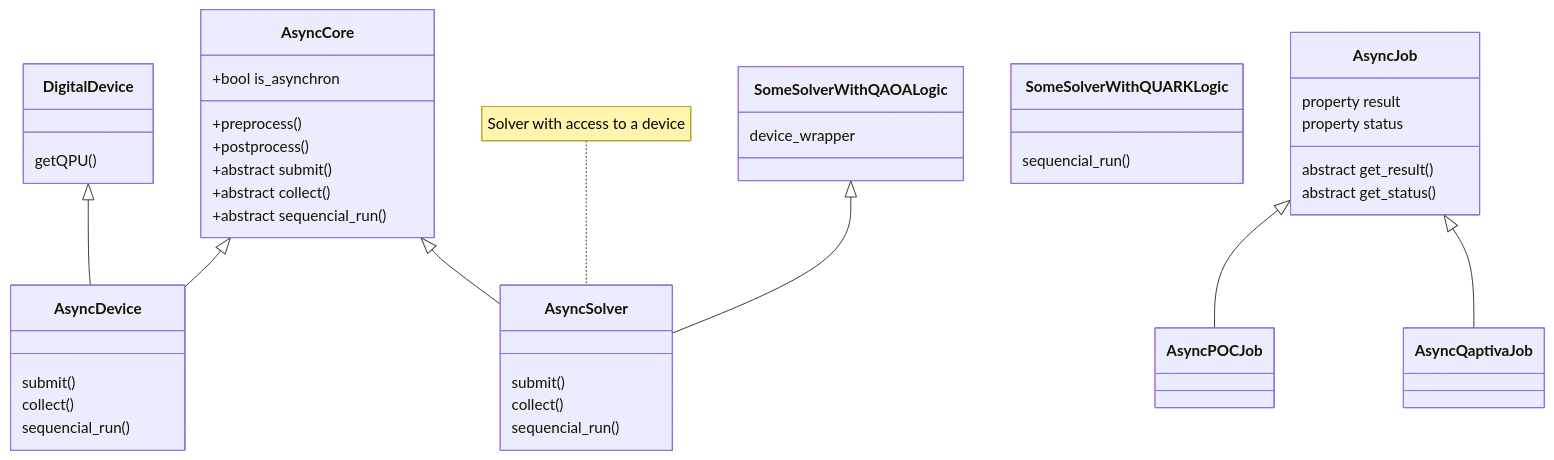
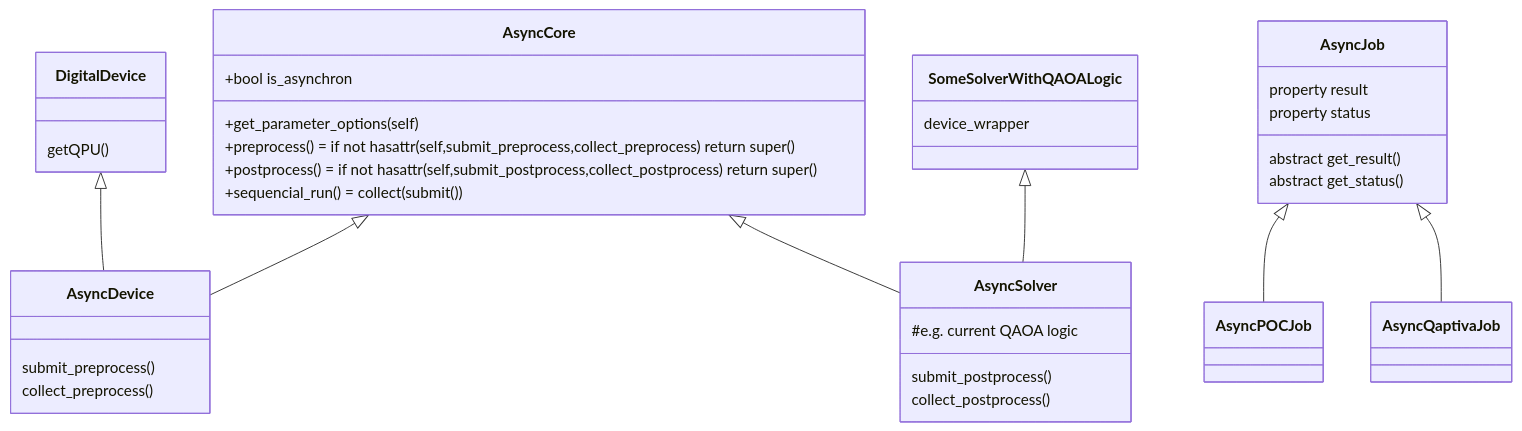
One commit to QUARK-framework/QUARK changed the first of 4 diagrams in src/parallel/anyModule.md. Above: the diagram before and after it, drawn with Mermaid. The commit also changed other lines of this file and 2 other files, not shown here.

Commit message:
new AsyncCore implementation

````diff
--- a/src/parallel/anyModule.md
+++ b/src/parallel/anyModule.md
@@ -6,43 +6,37 @@
 ```mermaid
 classDiagram
 DigitalDevice <|-- AsyncDevice
 AsyncCore <|-- AsyncDevice
 AsyncCore <|-- AsyncSolver
 SomeSolverWithQAOALogic <|-- AsyncSolver
 AsyncJob <|-- AsyncPOCJob
 AsyncJob <|-- AsyncQaptivaJob
-note for AsyncSolver "Solver with access to a device"
 AsyncCore: +bool is_asynchron
 class AsyncCore{
-    +preprocess()
-    +postprocess()
-    +abstract submit()
-    +abstract collect()
-    +abstract sequencial_run()
+    +get_parameter_options(self)
+    +preprocess() = if not hasattr(self,submit_preprocess,collect_preprocess) return super()
+    +postprocess() = if not hasattr(self,submit_postprocess,collect_postprocess) return super()
+    +sequencial_run() = collect(submit())  
 }
 class DigitalDevice{
     getQPU()
 }
 class SomeSolverWithQAOALogic{
     device_wrapper
 }
 class AsyncSolver{
-    submit()
-    collect()
-    sequencial_run()
+    #e.g. current QAOA logic
+    submit_postprocess()
+    collect_postprocess()
 }
 class AsyncDevice{
-    submit()
-    collect()
-    sequencial_run()
-}
-class SomeSolverWithQUARKLogic{
-    sequencial_run()
+    submit_preprocess()
+    collect_preprocess()
 }
 class AsyncJob{
     property result
     property status
     abstract get_result()
     abstract get_status()
 }
 ```
````
